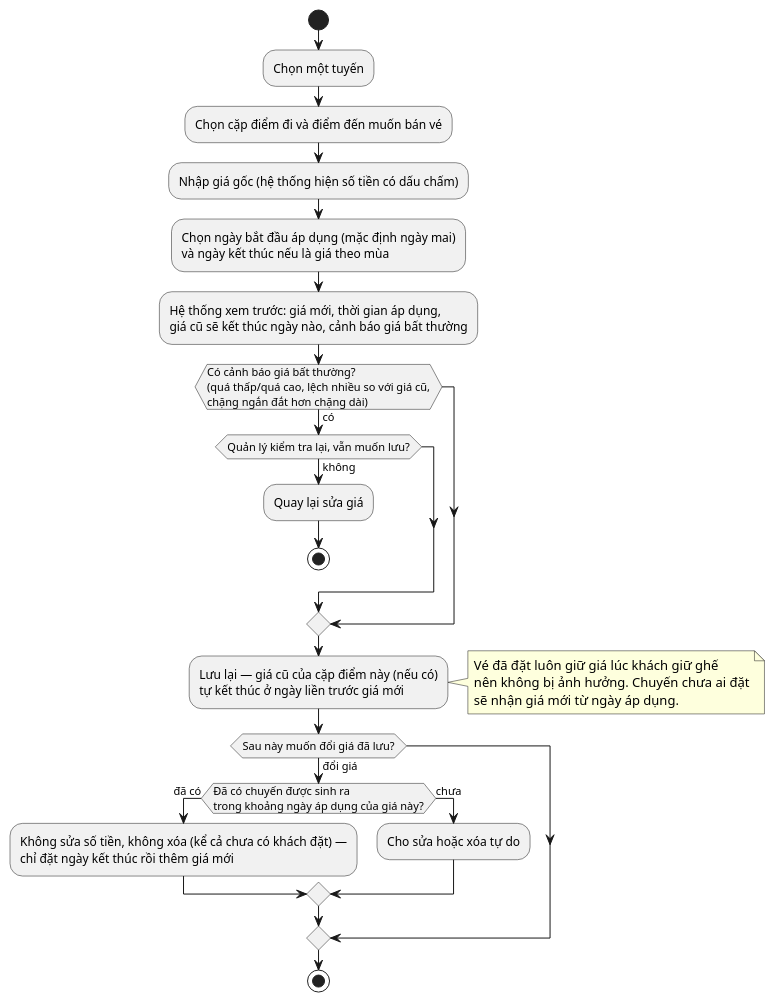
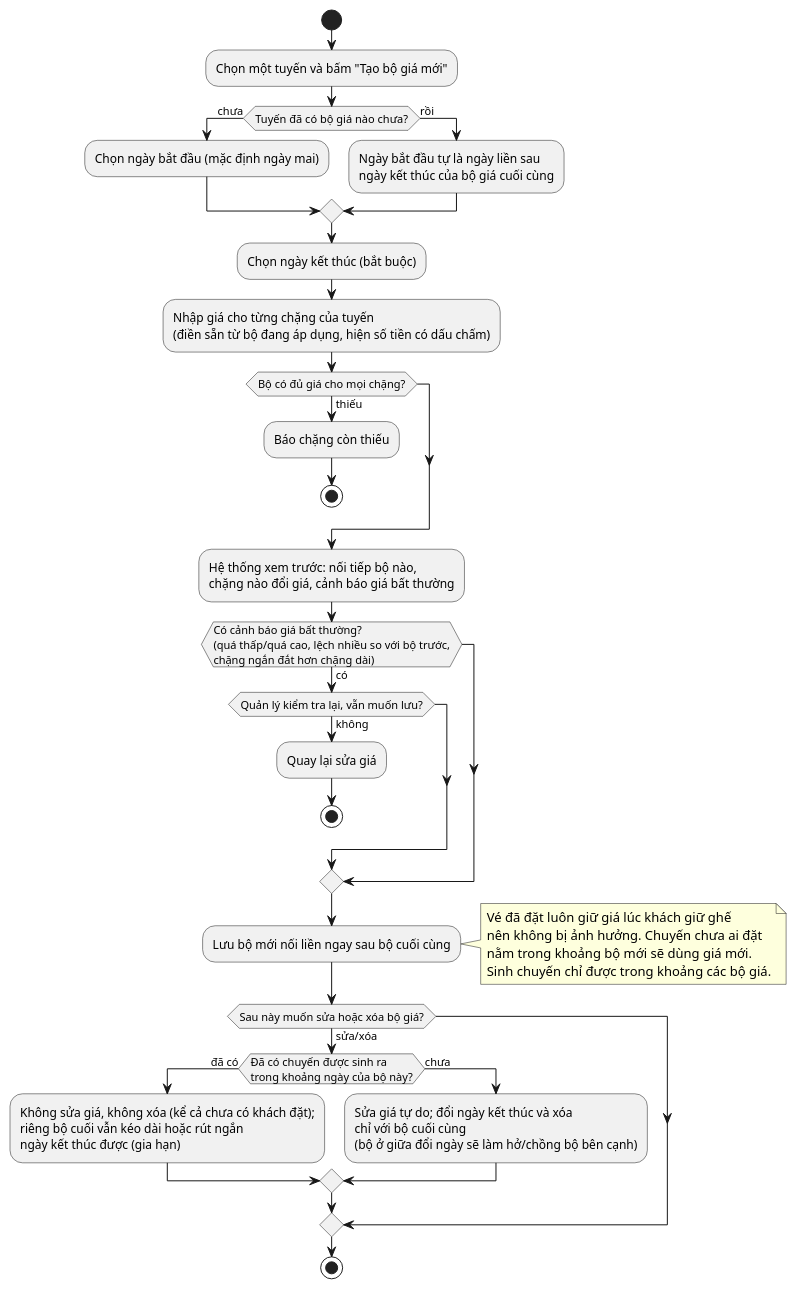
One commit to nguyenvietanhit19/Project1_HeThongQuanLyNhaXeKhachLienTinh changed diagram 42 of 52 in UML_DIAGRAMS.md. Above: the diagram before and after it, drawn with PlantUML. The commit also changed other lines of this file and 23 other files, not shown here.

First line of the commit message:
Gia ve theo bo co ngay bat dau/ket thuc, chi tiet chuyen hien gia, gioi han sinh chuyen

````diff
--- a/UML_DIAGRAMS.md
+++ b/UML_DIAGRAMS.md
@@ -1214,30 +1214,39 @@
 ```plantuml
 @startuml AD_UC33_DatGiaVe
 start
-:Chọn một tuyến;
-:Chọn cặp điểm đi và điểm đến muốn bán vé;
-:Nhập giá gốc (hệ thống hiện số tiền có dấu chấm);
-:Chọn ngày bắt đầu áp dụng (mặc định ngày mai)\nvà ngày kết thúc nếu là giá theo mùa;
-:Hệ thống xem trước: giá mới, thời gian áp dụng,\ngiá cũ sẽ kết thúc ngày nào, cảnh báo giá bất thường;
-if (Có cảnh báo giá bất thường?\n(quá thấp/quá cao, lệch nhiều so với giá cũ,\nchặng ngắn đắt hơn chặng dài)) then (có)
+:Chọn một tuyến và bấm "Tạo bộ giá mới";
+if (Tuyến đã có bộ giá nào chưa?) then (chưa)
+  :Chọn ngày bắt đầu (mặc định ngày mai);
+else (rồi)
+  :Ngày bắt đầu tự là ngày liền sau\nngày kết thúc của bộ giá cuối cùng;
+endif
+:Chọn ngày kết thúc (bắt buộc);
+:Nhập giá cho từng chặng của tuyến\n(điền sẵn từ bộ đang áp dụng, hiện số tiền có dấu chấm);
+if (Bộ có đủ giá cho mọi chặng?) then (thiếu)
+  :Báo chặng còn thiếu;
+  stop
+endif
+:Hệ thống xem trước: nối tiếp bộ nào,\nchặng nào đổi giá, cảnh báo giá bất thường;
+if (Có cảnh báo giá bất thường?\n(quá thấp/quá cao, lệch nhiều so với bộ trước,\nchặng ngắn đắt hơn chặng dài)) then (có)
   if (Quản lý kiểm tra lại, vẫn muốn lưu?) then (không)
     :Quay lại sửa giá;
     stop
   endif
 endif
-:Lưu lại — giá cũ của cặp điểm này (nếu có)\ntự kết thúc ở ngày liền trước giá mới;
+:Lưu bộ mới nối liền ngay sau bộ cuối cùng;
 note right
   Vé đã đặt luôn giữ giá lúc khách giữ ghế
   nên không bị ảnh hưởng. Chuyến chưa ai đặt
-  sẽ nhận giá mới từ ngày áp dụng.
+  nằm trong khoảng bộ mới sẽ dùng giá mới.
+  Sinh chuyến chỉ được trong khoảng các bộ giá.
 end note
-if (Sau này muốn đổi giá đã lưu?) then (đổi giá)
-  if (Đã có chuyến được sinh ra\ntrong khoảng ngày áp dụng của giá này?) then (đã có)
-    :Không sửa số tiền, không xóa (kể cả chưa có khách đặt) —\nchỉ đặt ngày kết thúc rồi thêm giá mới;
+if (Sau này muốn sửa hoặc xóa bộ giá?) then (sửa/xóa)
+  if (Đã có chuyến được sinh ra\ntrong khoảng ngày của bộ này?) then (đã có)
+    :Không sửa giá, không xóa (kể cả chưa có khách đặt);\nriêng bộ cuối vẫn kéo dài hoặc rút ngắn\nngày kết thúc được (gia hạn);
   else (chưa)
-    :Cho sửa hoặc xóa tự do;
+    :Sửa giá tự do; đổi ngày kết thúc và xóa\nchỉ với bộ cuối cùng\n(bộ ở giữa đổi ngày sẽ làm hở/chồng bộ bên cạnh);
   endif
 endif
 stop
 @enduml
 ```
````
